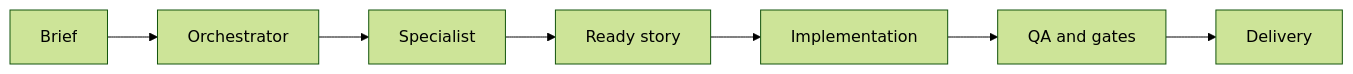
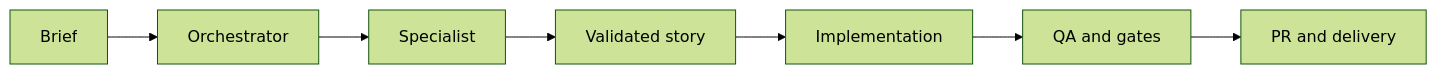
Before and after one commit to caioimori/sinapse-ai: the diagram in README.en.md, drawn with Mermaid (forest theme). The commit also changed other lines of this file and 134 other files, not shown here.

First line of the commit message:
fix(ci): professionalize public product and delivery [Story public-product-foundation] (#390)

````diff
--- a/README.en.md
+++ b/README.en.md
@@ -70,9 +64,9 @@
 ```mermaid
 flowchart LR
   A[Brief] --> B[Orchestrator]
   B --> C[Specialist]
-  C --> D[Ready story]
+  C --> D[Validated story]
   D --> E[Implementation]
   E --> F[QA and gates]
-  F --> G[Delivery]
+  F --> G[PR and delivery]
 ```
````
